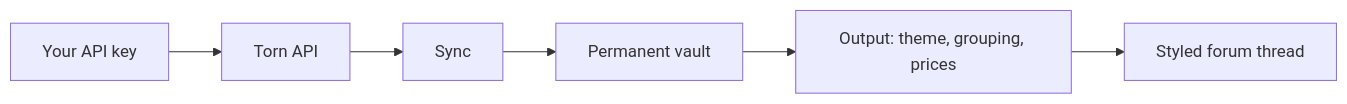
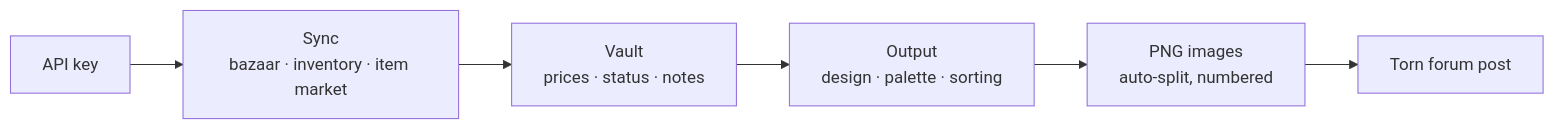
One commit to Rowage3/rw-threadsmith changed the first of 2 diagrams in README.md. Above: the diagram before and after it, drawn with Mermaid. The commit also changed other lines of this file, not shown here.

````diff
--- a/README.md
+++ b/README.md
@@ -44,8 +42,8 @@
 ```mermaid
 flowchart LR
-    K["Your API key"] --> API["Torn API"]
-    API --> Sync["Sync"]
-    Sync --> Vault["Permanent vault"]
-    Vault --> Output["Output: theme, grouping, prices"]
-    Output --> Thread["Styled forum thread"]
+    K["API key"] --> S["Sync<br/>bazaar · inventory · item market"]
+    S --> V["Vault<br/>prices · status · notes"]
+    V --> O["Output<br/>design · palette · sorting"]
+    O --> I["PNG images<br/>auto-split, numbered"]
+    I --> P["Torn forum post"]
 ```
````
